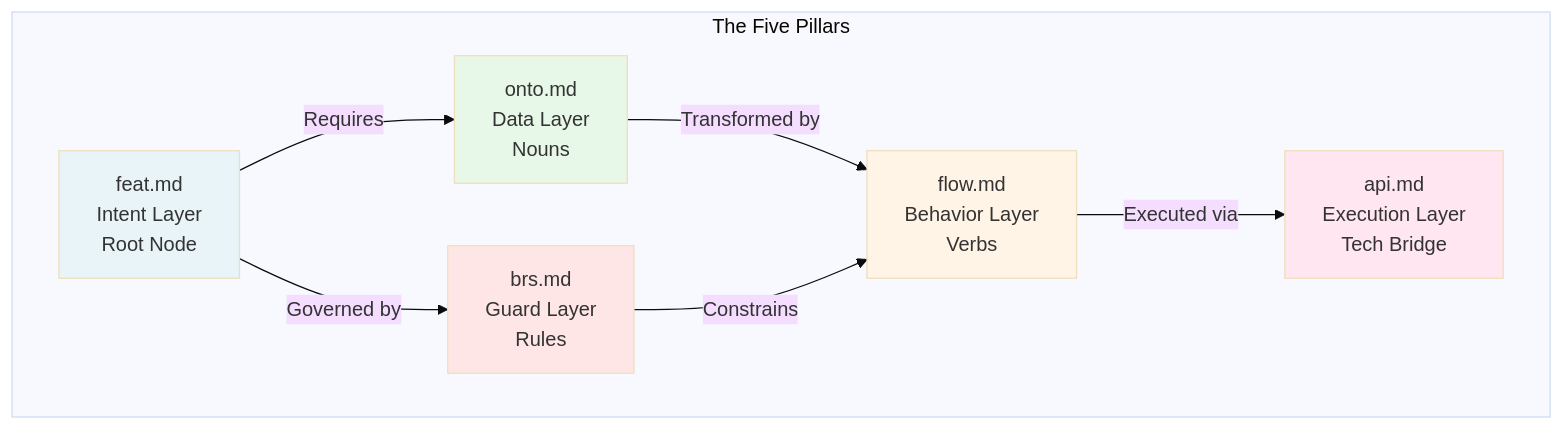
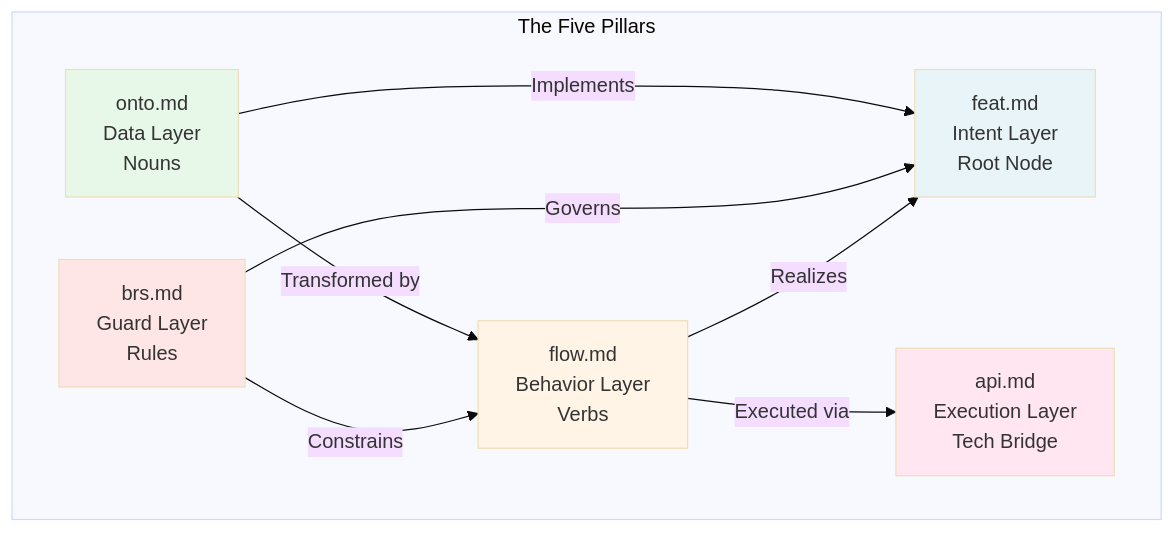
One commit to a4b-corporation/xTalent changed the first of 3 diagrams in docs/Axiom-Codex/methodology/02-five-pillars.md. Above: the diagram before and after it, drawn with Mermaid (base theme). The commit also changed other lines of this file and 3 other files, not shown here.

````diff
--- a/docs/Axiom-Codex/methodology/02-five-pillars.md
+++ b/docs/Axiom-Codex/methodology/02-five-pillars.md
@@ -12,22 +12,23 @@
 ```mermaid
 graph TB
     subgraph "The Five Pillars"
         F[feat.md<br/>Intent Layer<br/>Root Node]
         O[onto.md<br/>Data Layer<br/>Nouns]
         B[brs.md<br/>Guard Layer<br/>Rules]
         FL[flow.md<br/>Behavior Layer<br/>Verbs]
         A[api.md<br/>Execution Layer<br/>Tech Bridge]
     end
     
-    F -->|Requires| O
-    F -->|Governed by| B
+    O -->|Implements| F
+    B -->|Governs| F
+    FL -->|Realizes| F
     O -->|Transformed by| FL
     B -->|Constrains| FL
     FL -->|Executed via| A
     
     style F fill:#E8F4F8
     style O fill:#E8F8E8
     style B fill:#FFE6E6
     style FL fill:#FFF4E6
     style A fill:#FFE6F0
 ```
````
